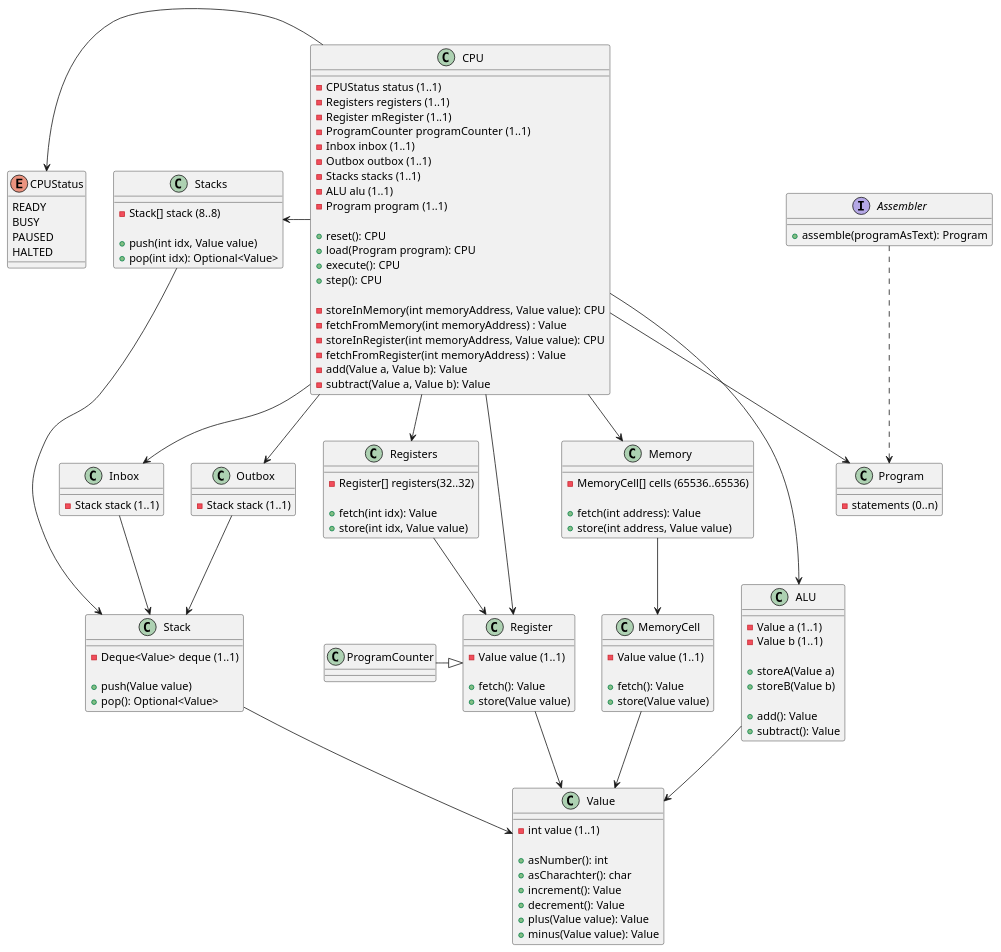
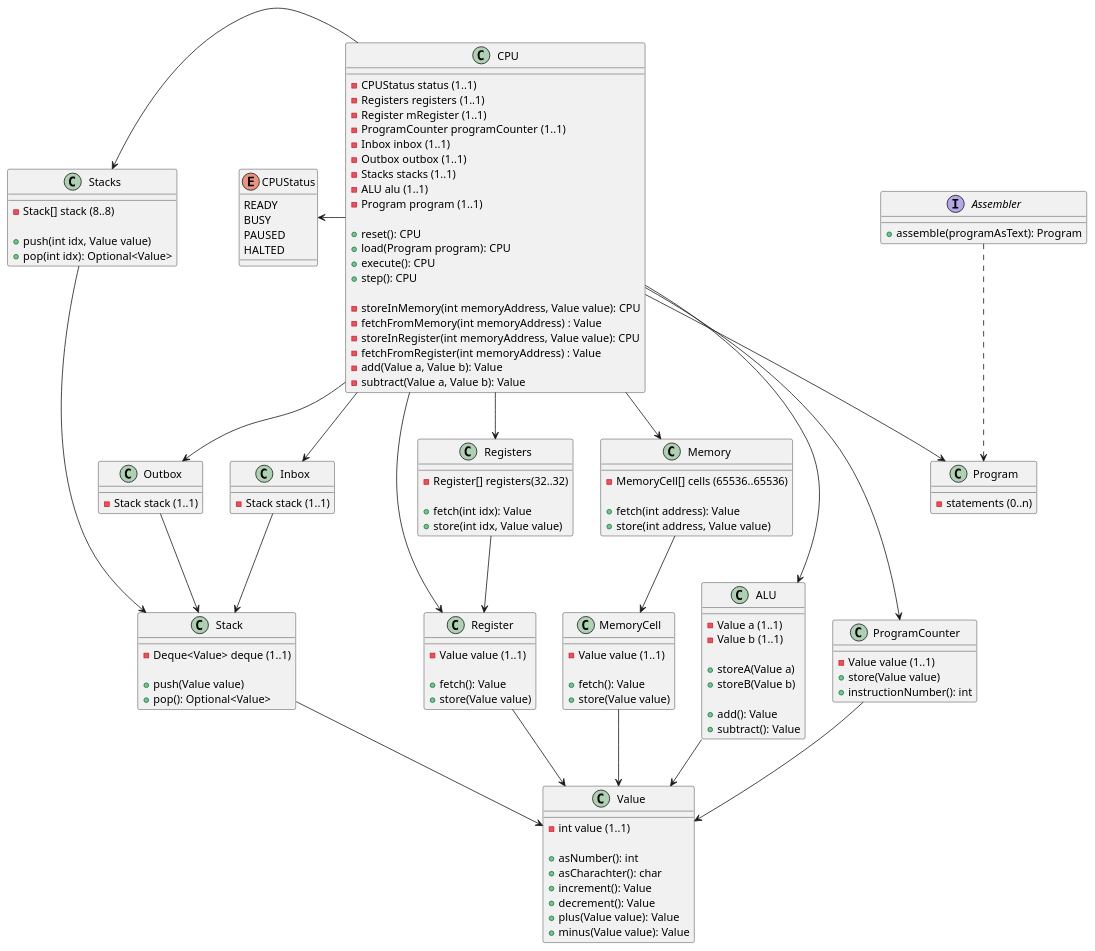
Before and after one commit to TristanoSuriani/HRM-assembly: the diagram in docs/ClassDiagramCPU.puml, drawn with PlantUML. The commit also changed 9 other files, not shown here.

Commit message:
updated model. Modified ProgramCounter. hrm01 works.

```diff
--- a/docs/ClassDiagramCPU.puml
+++ b/docs/ClassDiagramCPU.puml
@@ -1,139 +1,143 @@
 @startuml
 
 class Register {
   -Value value (1..1)
 
   +fetch(): Value
   +store(Value value)
 }
 
 class ProgramCounter {
+  -Value value (1..1)
+  +store(Value value)
+  +instructionNumber(): int
 }
 
 class Registers {
   -Register[] registers(32..32)
 
   +fetch(int idx): Value
   +store(int idx, Value value)
 }
 
 class Inbox {
   -Stack stack (1..1)
 }
 
 class Stacks {
   -Stack[] stack (8..8)
 
   +push(int idx, Value value)
   +pop(int idx): Optional<Value>
 }
 
 class Stack {
   -Deque<Value> deque (1..1)
 
   +push(Value value)
   +pop(): Optional<Value>
 }
 
 class Outbox
 {
   -Stack stack (1..1)
 }
 
 class ALU {
   -Value a (1..1)
   -Value b (1..1)
 
   +storeA(Value a)
   +storeB(Value b)
 
   +add(): Value
   +subtract(): Value
 }
 
 class Memory {
   -MemoryCell[] cells (65536..65536)
 
   +fetch(int address): Value
   +store(int address, Value value)
 }
 
 class MemoryCell {
  -Value value (1..1)
 
  +fetch(): Value
  +store(Value value)
 }
 
 class Value {
   -int value (1..1)
 
   +asNumber(): int
   +asCharachter(): char
   +increment(): Value
   +decrement(): Value
   +plus(Value value): Value
   +minus(Value value): Value
 }
 
 class CPU {
   -CPUStatus status (1..1)
   -Registers registers (1..1)
   -Register mRegister (1..1)
   -ProgramCounter programCounter (1..1)
   -Inbox inbox (1..1)
   -Outbox outbox (1..1)
   -Stacks stacks (1..1)
   -ALU alu (1..1)
   -Program program (1..1)
 
   +reset(): CPU
   +load(Program program): CPU
   +execute(): CPU
   +step(): CPU
 
   -storeInMemory(int memoryAddress, Value value): CPU
   -fetchFromMemory(int memoryAddress) : Value
   -storeInRegister(int memoryAddress, Value value): CPU
   -fetchFromRegister(int memoryAddress) : Value
   -add(Value a, Value b): Value
   -subtract(Value a, Value b): Value
 }
 
 enum CPUStatus {
   READY
   BUSY
   PAUSED
   HALTED
 }
 
 class Program {
   -statements (0..n)
 }
 
 interface Assembler {
   +assemble(programAsText): Program
 }
 
 CPU -down-> Registers
 CPU -down-> Register
 CPU -down-> Inbox
 CPU -down-> Outbox
 CPU -right-> ALU
 CPU -down-> Memory
 CPU -left-> Stacks
 CPU -down-> Program
+CPU -down-> ProgramCounter
 CPU -left-> CPUStatus
 Memory -down-> MemoryCell
 Registers -down-> Register
 MemoryCell -down-> Value
 Register -down-> Value
 Inbox -down-> Stack
 Outbox -down-> Stack
 Stacks -down-> Stack
 Stack -down-> Value
 ALU -down-> Value
 Assembler .down.> Program
-ProgramCounter -right|> Register
+ProgramCounter -down-> Value
 
 @enduml
```
